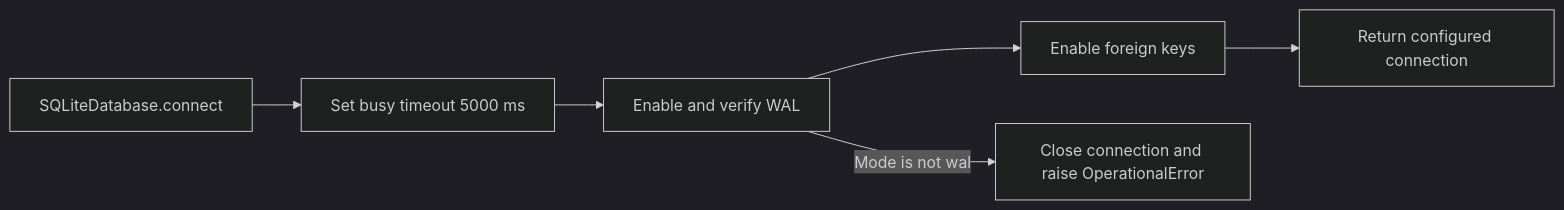
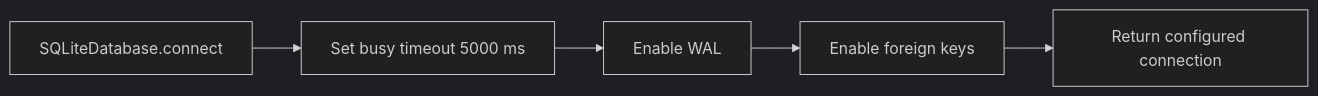
The diagram in docs/superpowers/specs/2026-07-27-sqlite-wal-busy-timeout-design.md (yukasung/tiewtrade), drawn with Mermaid (dark theme) before and after one commit. The commit also changed other lines of this file and 1 other file, not shown here.

````diff
--- a/docs/superpowers/specs/2026-07-27-sqlite-wal-busy-timeout-design.md
+++ b/docs/superpowers/specs/2026-07-27-sqlite-wal-busy-timeout-design.md
@@ -50,8 +46,7 @@
 ```mermaid
 flowchart LR
     C[SQLiteDatabase.connect] --> B[Set busy timeout 5000 ms]
-    B --> W[Enable and verify WAL]
+    B --> W[Enable WAL]
     W --> F[Enable foreign keys]
     F --> R[Return configured connection]
-    W -->|Mode is not wal| X[Close connection and raise OperationalError]
 ```
````
